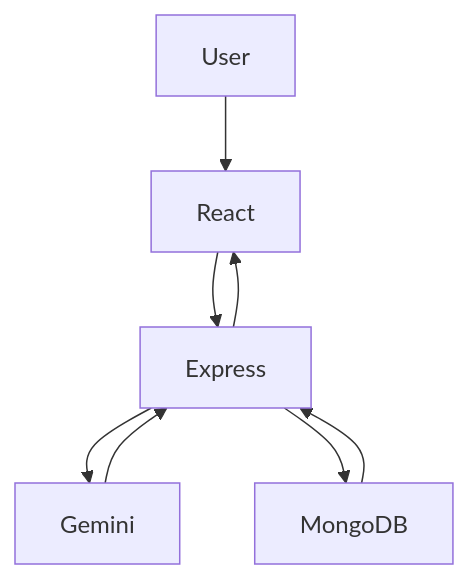
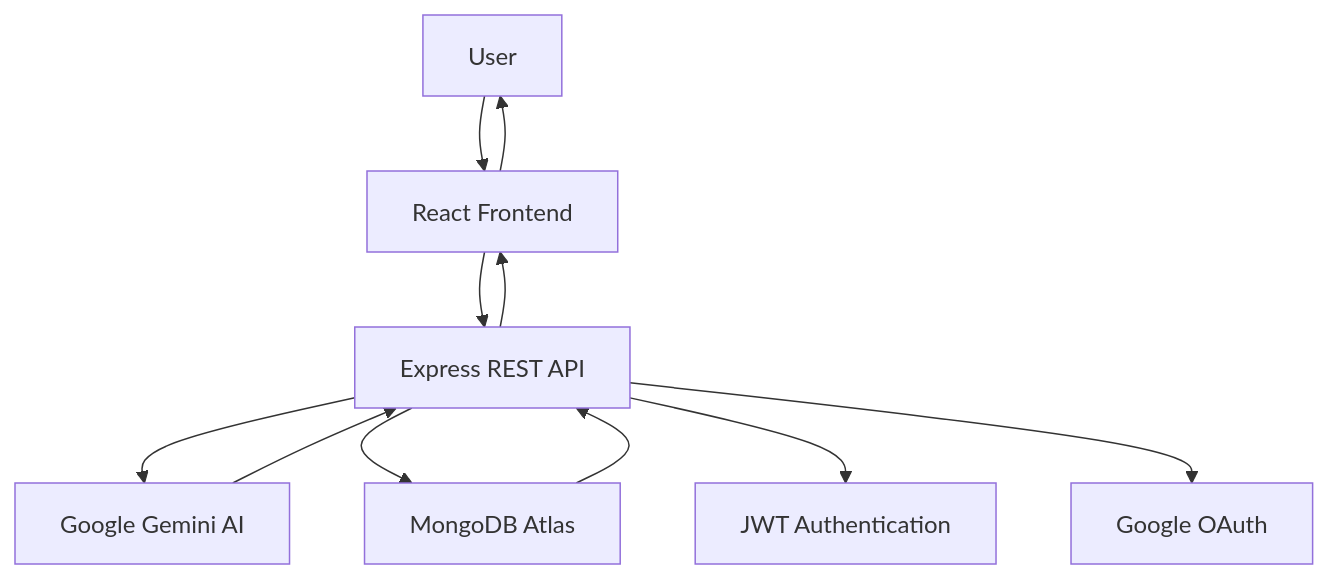
The first of 2 diagrams in README.md (Peethambari123/AI-Debate-Arena2), drawn with Mermaid before and after one commit. The commit also changed other lines of this file, not shown here.

````diff
--- a/README.md
+++ b/README.md
@@ -102,17 +409,25 @@
 ```mermaid
 graph TD
 
-User --> React
+A[User]
 
-React --> Express
+A --> B[React Frontend]
 
-Express --> Gemini
+B --> C[Express REST API]
 
-Express --> MongoDB
+C --> D[Google Gemini AI]
 
-MongoDB --> Express
+C --> E[MongoDB Atlas]
 
-Gemini --> Express
+C --> F[JWT Authentication]
 
-Express --> React
+C --> G[Google OAuth]
+
+E --> C
+
+D --> C
+
+C --> B
+
+B --> A
 ```
````
